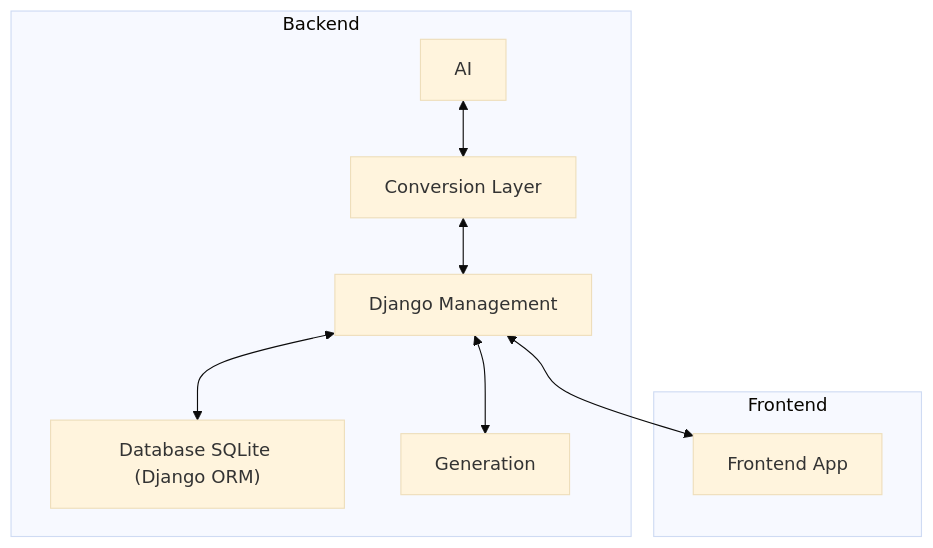
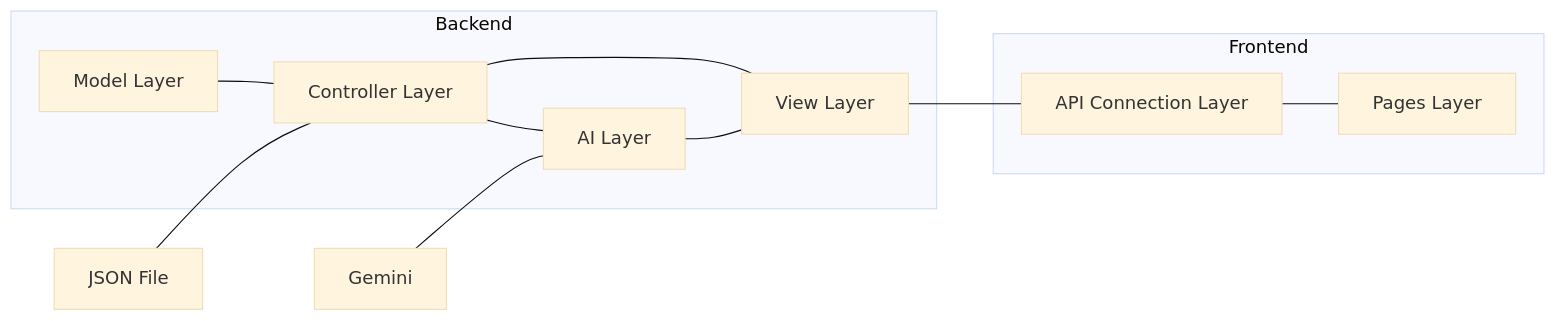
The diagram in docs/architecture.md (Nicolas-Botelho/REX), drawn with Mermaid (base theme) before and after one commit. The commit also changed other lines of this file and 13 other files, not shown here.

````diff
--- a/docs/architecture.md
+++ b/docs/architecture.md
@@ -3,21 +3,29 @@
 ```mermaid
-flowchart
+flowchart LR
+
+A[Gemini]
+B[JSON File]
 
 subgraph Backend
-  A[AI]
-  B[Conversion Layer]
-  C["Database SQLite (Django ORM)"]
-  D[Django Management]
-  E[Generation]
+  C[Model Layer]
+  D[Controller Layer]
+  E[AI Layer]
+  F[View Layer]
 end
 
 subgraph Frontend
-  F[Frontend App]
+  G[API Connection Layer]
+  H[Pages Layer]
 end
 
-A <--> B
-B <--> D
-D <--> C
-D <--> E
-D <--> F
+C --- D
+D --- E
+D --- F
+E --- F
+F --- G
+
+A --- E
+B --- D
+
+G --- H
 ```
````
